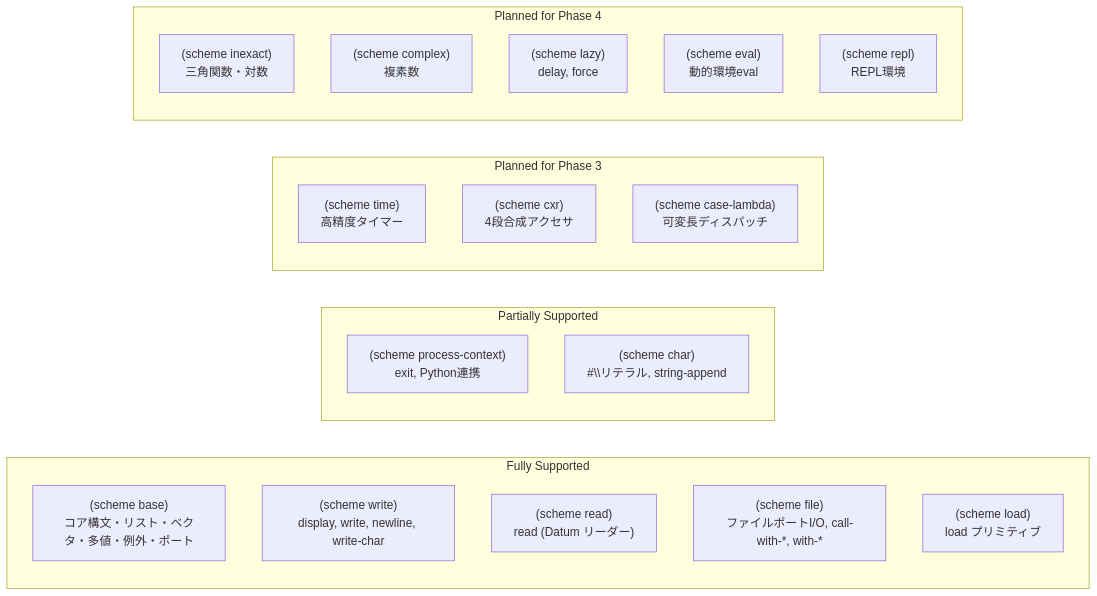
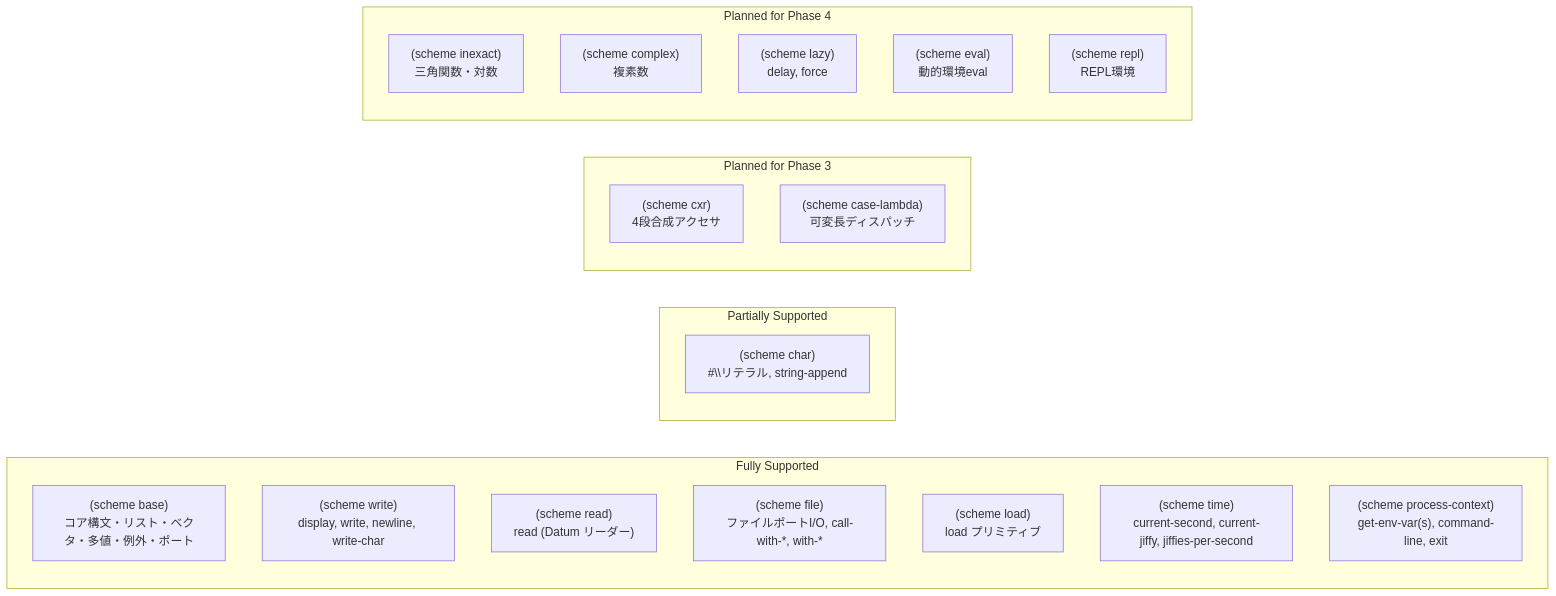
One commit to rokujyouhitoma/arxiv-security-papers changed the second of 3 diagrams in ilisp/docs/SPEC_R7RS.md. Above: the diagram before and after it, drawn with Mermaid. The commit also changed other lines of this file and 5 other files, not shown here.

Commit message:
feat(ilisp): implement R7RS (scheme time) and (scheme process-context) (Issue #469)

````diff
--- a/ilisp/docs/SPEC_R7RS.md
+++ b/ilisp/docs/SPEC_R7RS.md
@@ -329,26 +331,26 @@
 ```mermaid
 graph LR
     subgraph Fully Supported
         SB["(scheme base)<br>コア構文・リスト・ベクタ・多値・例外・ポート"]
         SW["(scheme write)<br>display, write, newline, write-char"]
         SR["(scheme read)<br>read (Datum リーダー)"]
         SF["(scheme file)<br>ファイルポートI/O, call-with-*, with-*"]
         SL["(scheme load)<br>load プリミティブ"]
+        ST["(scheme time)<br>current-second, current-jiffy, jiffies-per-second"]
+        SPC["(scheme process-context)<br>get-env-var(s), command-line, exit"]
     end
     subgraph Partially Supported
-        SPC["(scheme process-context)<br>exit, Python連携"]
         SC["(scheme char)<br>#\\リテラル, string-append"]
     end
     subgraph Planned for Phase 3
-        ST["(scheme time)<br>高精度タイマー"]
         SCXR["(scheme cxr)<br>4段合成アクセサ"]
         SCASE["(scheme case-lambda)<br>可変長ディスパッチ"]
     end
     subgraph Planned for Phase 4
         SI["(scheme inexact)<br>三角関数・対数"]
         SCOM["(scheme complex)<br>複素数"]
         SLAZY["(scheme lazy)<br>delay, force"]
         SEVAL["(scheme eval)<br>動的環境eval"]
         SREPL["(scheme repl)<br>REPL環境"]
     end
 ```
````
